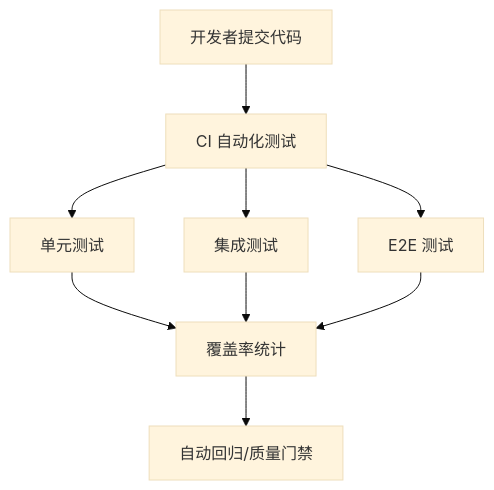
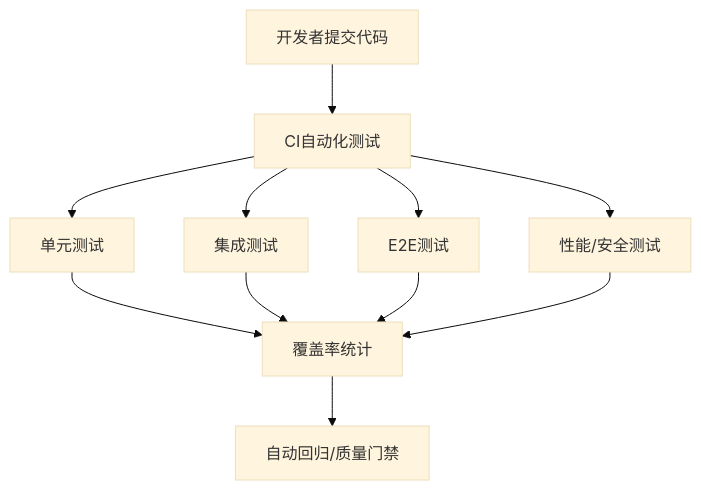
One commit to rowin90/article-to-wx changed the second of 3 diagrams in nextjs/25. 测试策略：单元、集成与端到端测试.md. Above: the diagram before and after it, drawn with Mermaid (base theme). The commit also changed other lines of this file, not shown here.

````diff
--- a/nextjs/25. 测试策略：单元、集成与端到端测试.md
+++ b/nextjs/25. 测试策略：单元、集成与端到端测试.md
@@ -236,11 +370,13 @@
 ```mermaid
 graph TD;
-  A[开发者提交代码] --> B[CI 自动化测试]
+  A[开发者提交代码] --> B[CI自动化测试]
   B --> C[单元测试]
   B --> D[集成测试]
-  B --> E[E2E 测试]
+  B --> E[E2E测试]
+  B --> H[性能/安全测试]
   C --> F[覆盖率统计]
   D --> F
   E --> F
+  H --> F
   F --> G[自动回归/质量门禁]
 ```
````
